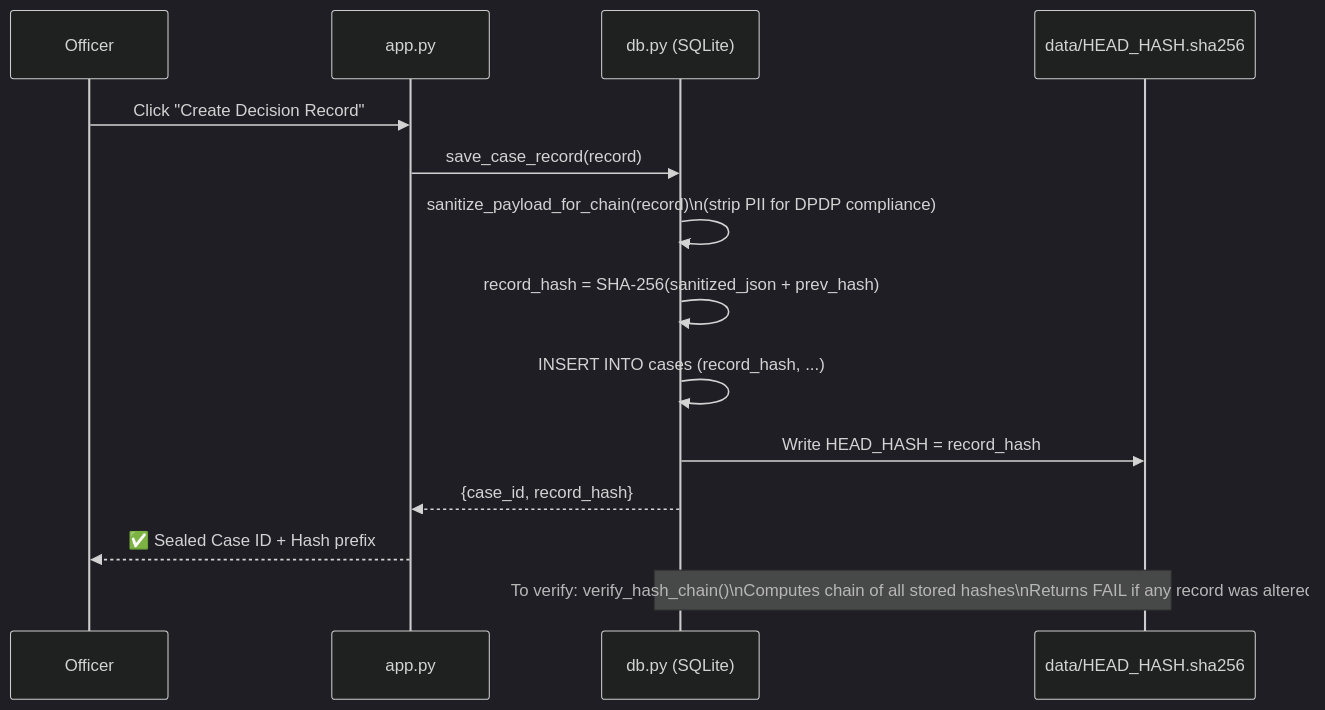
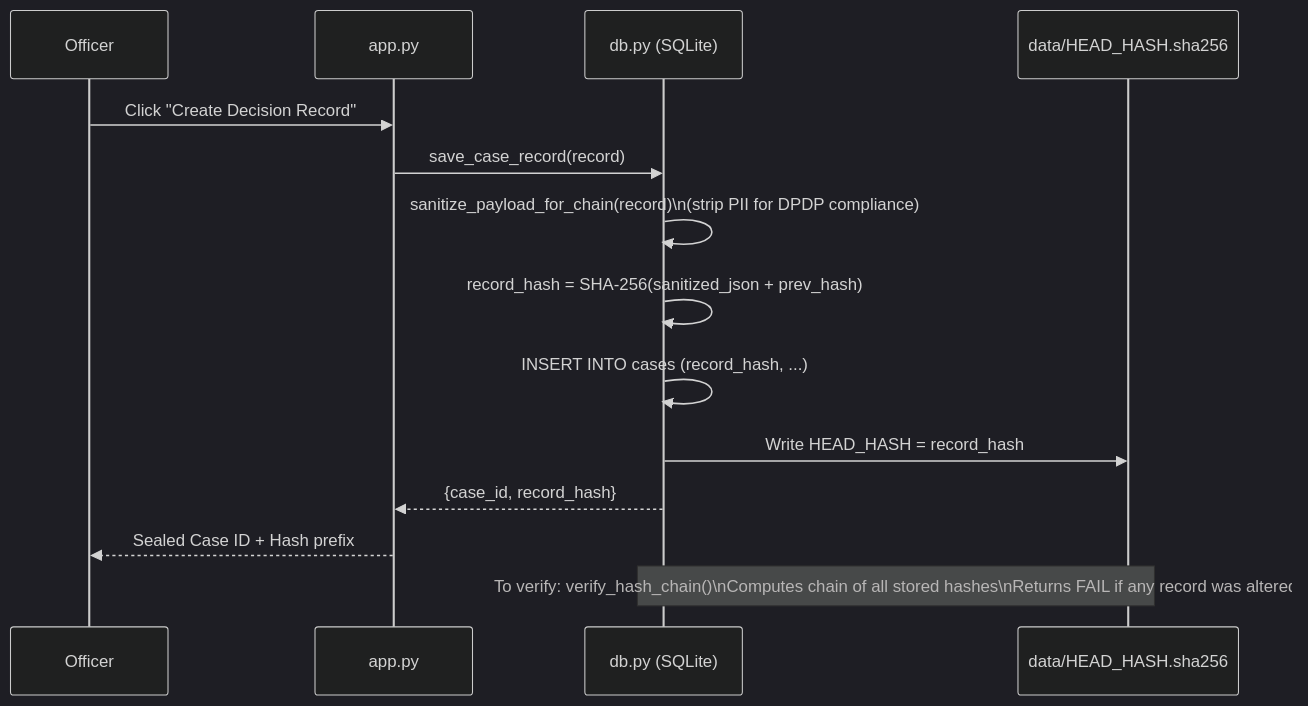
One commit to rohith5709/behavioral-credit-decision-support-system changed the third of 3 diagrams in docs/system_architecture.md. Above: the diagram before and after it, drawn with Mermaid (dark theme). The commit also changed other lines of this file and 3 other files, not shown here.

Commit message:
docs: complete Phase 4 technical architecture, panel QA defense, and evaluation report updates

````diff
--- a/docs/system_architecture.md
+++ b/docs/system_architecture.md
@@ -154,18 +166,18 @@
 ```mermaid
 sequenceDiagram
     participant Officer
     participant App as app.py
     participant DB as db.py (SQLite)
     participant File as data/HEAD_HASH.sha256
 
     Officer->>App: Click "Create Decision Record"
     App->>DB: save_case_record(record)
     DB->>DB: sanitize_payload_for_chain(record)\n(strip PII for DPDP compliance)
     DB->>DB: record_hash = SHA-256(sanitized_json + prev_hash)
     DB->>DB: INSERT INTO cases (record_hash, ...)
     DB->>File: Write HEAD_HASH = record_hash
     DB-->>App: {case_id, record_hash}
-    App-->>Officer: ✅ Sealed Case ID + Hash prefix
+    App-->>Officer: Sealed Case ID + Hash prefix
 
     Note over DB,File: To verify: verify_hash_chain()\nComputes chain of all stored hashes\nReturns FAIL if any record was altered
 ```
````
